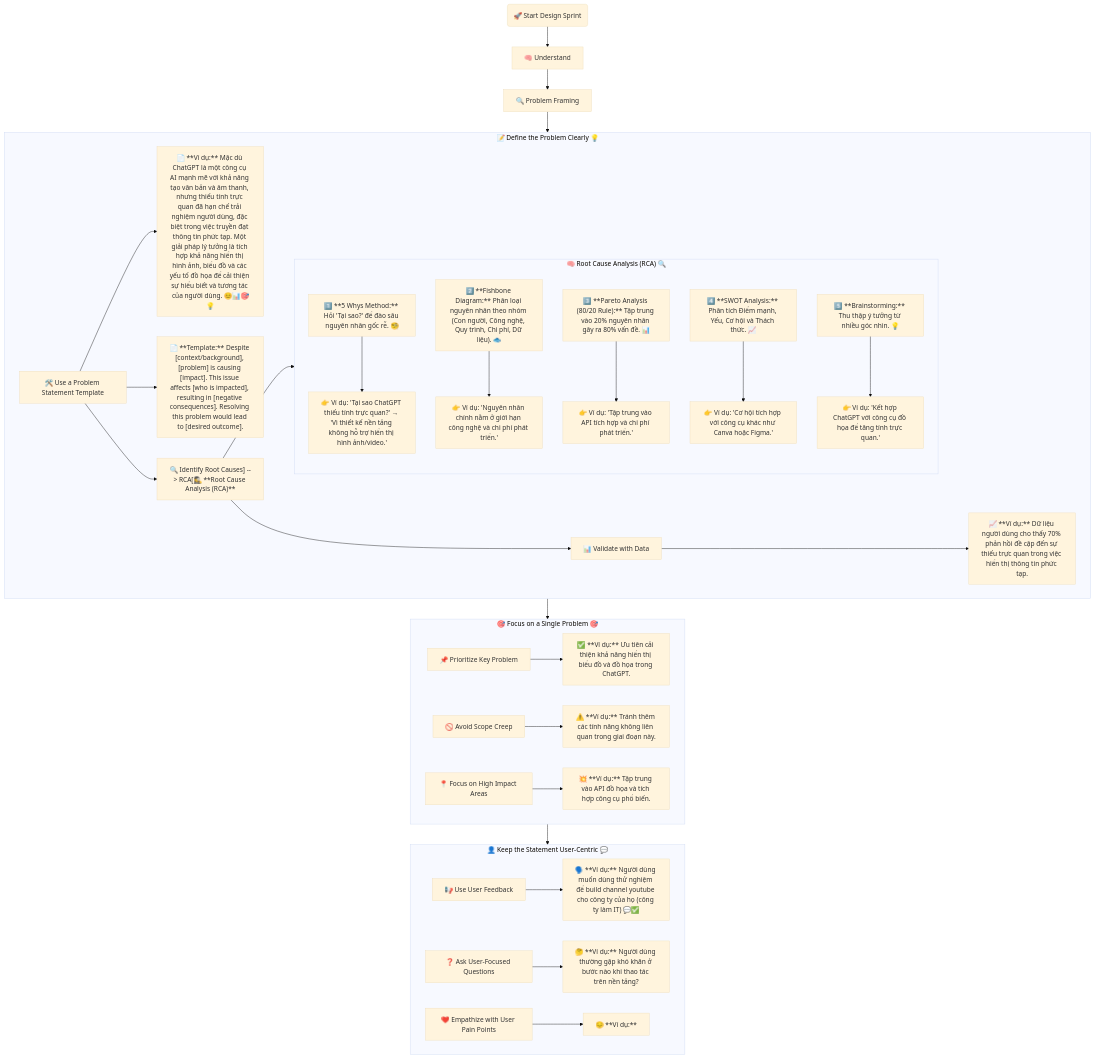
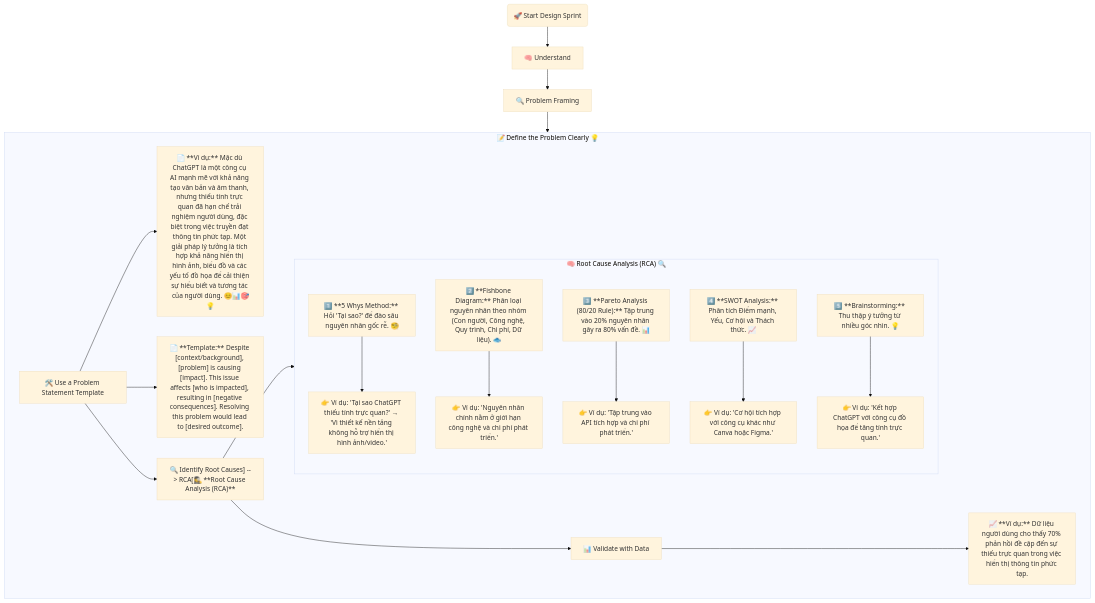
Before and after one commit to qtvhao/quickcurl: the diagram in docs/designsprintkit/phases/01-Understand/02-Understand-the-Problem/02-Problem-Framing/02-Define-the-Problem-Clearly/01-Map.mmd, drawn with Mermaid (base theme). The commit also changed 1 other file, not shown here.

Commit message:
Refactor problem framing flowchart by removing subgraphs for focusing on a single problem and keeping the statement user-centric to streamline the mapping process.

```diff
--- a/docs/designsprintkit/phases/01-Understand/02-Understand-the-Problem/02-Problem-Framing/02-Define-the-Problem-Clearly/01-Map.mmd
+++ b/docs/designsprintkit/phases/01-Understand/02-Understand-the-Problem/02-Problem-Framing/02-Define-the-Problem-Clearly/01-Map.mmd
@@ -1,42 +1,28 @@
 flowchart TD
 
     Design_Sprint(🚀 Start Design Sprint) --> Understand["🧠 Understand"]
 
     Understand --> Problem_Framing["🔍 Problem Framing"]
 
     %% Define the Problem Clearly
     subgraph A1[📝 Define the Problem Clearly 💡]
         B1[🛠️ Use a Problem Statement Template] --> E1["📄 **Ví dụ:** Mặc dù ChatGPT là một công cụ AI mạnh mẽ với khả năng tạo văn bản và âm thanh, nhưng thiếu tính trực quan đã hạn chế trải nghiệm người dùng, đặc biệt trong việc truyền đạt thông tin phức tạp. Một giải pháp lý tưởng là tích hợp khả năng hiển thị hình ảnh, biểu đồ và các yếu tố đồ họa để cải thiện sự hiểu biết và tương tác của người dùng. 😊📊🎯💡"]
         B1 --> E4["📄 **Template:** Despite [context/background], [problem] is causing [impact]. This issue affects [who is impacted], resulting in [negative consequences]. Resolving this problem would lead to [desired outcome]."]
         B2["🔍 Identify Root Causes] --> RCA[🕵️‍♀️ **Root Cause Analysis (RCA)**"]
 
         subgraph RCA["🧠 Root Cause Analysis (RCA) 🔍"]
             RCA1["1️⃣ **5 Whys Method:** Hỏi 'Tại sao?' để đào sâu nguyên nhân gốc rễ. 🧐"] --> RCAD1["👉 Ví dụ: 'Tại sao ChatGPT thiếu tính trực quan?' → 'Vì thiết kế nền tảng không hỗ trợ hiển thị hình ảnh/video.'"]
             RCA2["2️⃣ **Fishbone Diagram:** Phân loại nguyên nhân theo nhóm (Con người, Công nghệ, Quy trình, Chi phí, Dữ liệu). 🐟"] --> RCAD2["👉 Ví dụ: 'Nguyên nhân chính nằm ở giới hạn công nghệ và chi phí phát triển.'"]
             RCA3["3️⃣ **Pareto Analysis (80/20 Rule):** Tập trung vào 20% nguyên nhân gây ra 80% vấn đề. 📊"] --> RCAD3["👉 Ví dụ: 'Tập trung vào API tích hợp và chi phí phát triển.'"]
             RCA4["4️⃣ **SWOT Analysis:** Phân tích Điểm mạnh, Yếu, Cơ hội và Thách thức. 📈"] --> RCAD4["👉 Ví dụ: 'Cơ hội tích hợp với công cụ khác như Canva hoặc Figma.'"]
             RCA5["5️⃣ **Brainstorming:** Thu thập ý tưởng từ nhiều góc nhìn. 💡"] --> RCAD5["👉 Ví dụ: 'Kết hợp ChatGPT với công cụ đồ họa để tăng tính trực quan.'"]
         end
 
         B3[📊 Validate with Data] --> E3["📈 **Ví dụ:** Dữ liệu người dùng cho thấy 70% phản hồi đề cập đến sự thiếu trực quan trong việc hiển thị thông tin phức tạp."]
     end
 
-    %% Focus on a Single Problem
-    subgraph A2[🎯 Focus on a Single Problem 🎯]
-        C1[📌 Prioritize Key Problem] --> F1["✅ **Ví dụ:** Ưu tiên cải thiện khả năng hiển thị biểu đồ và đồ họa trong ChatGPT."]
-        C2[🚫 Avoid Scope Creep] --> F2["⚠️ **Ví dụ:** Tránh thêm các tính năng không liên quan trong giai đoạn này."]
-        C3[📍 Focus on High Impact Areas] --> F3["💥 **Ví dụ:** Tập trung vào API đồ họa và tích hợp công cụ phổ biến."]
-    end
-
-    %% Keep the Statement User-Centric
-    subgraph A3[👤 Keep the Statement User-Centric 💬]
-        D1[📢 Use User Feedback] --> G1["🗣️ **Ví dụ:** Người dùng muốn dùng thử nghiệm để build channel youtube cho công ty của họ (công ty làm IT) 💬✅"]
-        D2[❓ Ask User-Focused Questions] --> G2["🤔 **Ví dụ:** Người dùng thường gặp khó khăn ở bước nào khi thao tác trên nền tảng?"]
-        D3[❤️ Empathize with User Pain Points] --> G3["😔 **Ví dụ:** "]
-    end
-
     B1 --> B2 --> B3
     B2 --> RCA
 
     %% Connect Subgraphs in Order
-    Problem_Framing --> A1 --> A2 --> A3
+    Problem_Framing --> A1
```
